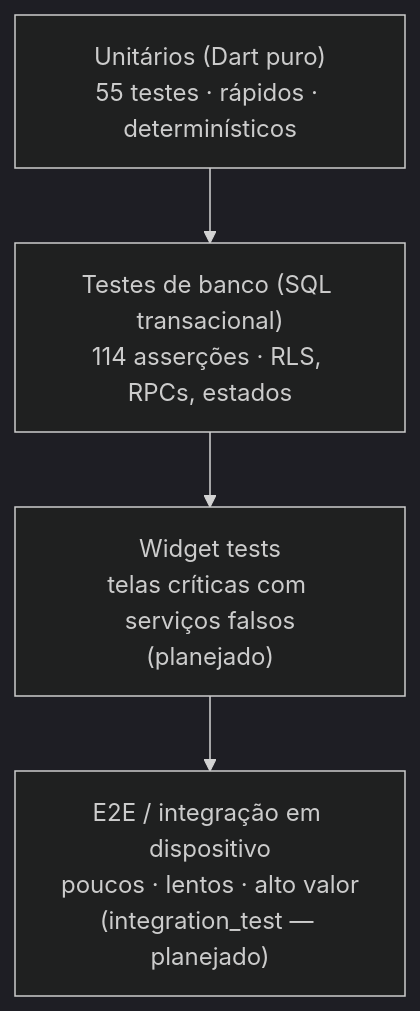
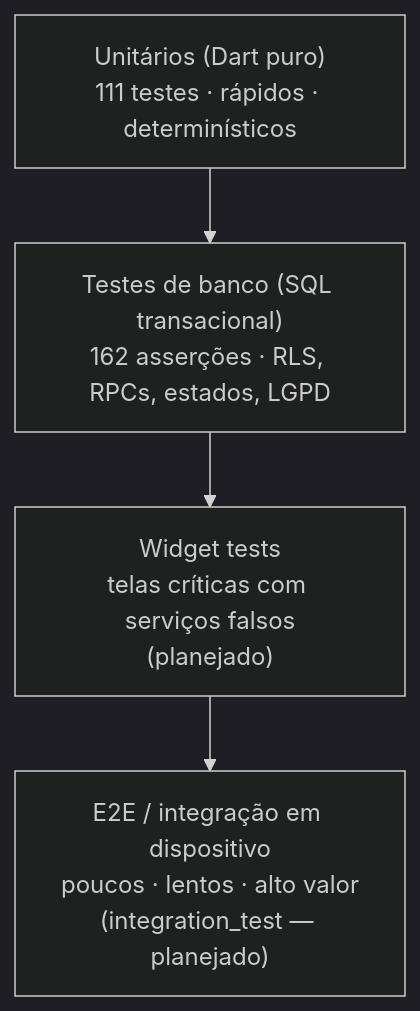
One commit to Washington-Freitas/DesperrengueApp_TAI3 changed the diagram in docs/TESTING.md. Above: the diagram before and after it, drawn with Mermaid (dark theme). The commit also changed other lines of this file and 75 other files, not shown here.

````diff
--- a/docs/TESTING.md
+++ b/docs/TESTING.md
@@ -25,8 +25,8 @@
 ```mermaid
 flowchart TB
     E2E["E2E / integração em dispositivo<br/>poucos · lentos · alto valor<br/>(integration_test — planejado)"]
     WID["Widget tests<br/>telas críticas com serviços falsos<br/>(planejado)"]
-    DBT["Testes de banco (SQL transacional)<br/>114 asserções · RLS, RPCs, estados"]
-    UNIT["Unitários (Dart puro)<br/>55 testes · rápidos · determinísticos"]
+    DBT["Testes de banco (SQL transacional)<br/>162 asserções · RLS, RPCs, estados, LGPD"]
+    UNIT["Unitários (Dart puro)<br/>111 testes · rápidos · determinísticos"]
     UNIT --> DBT --> WID --> E2E
 ```
````
